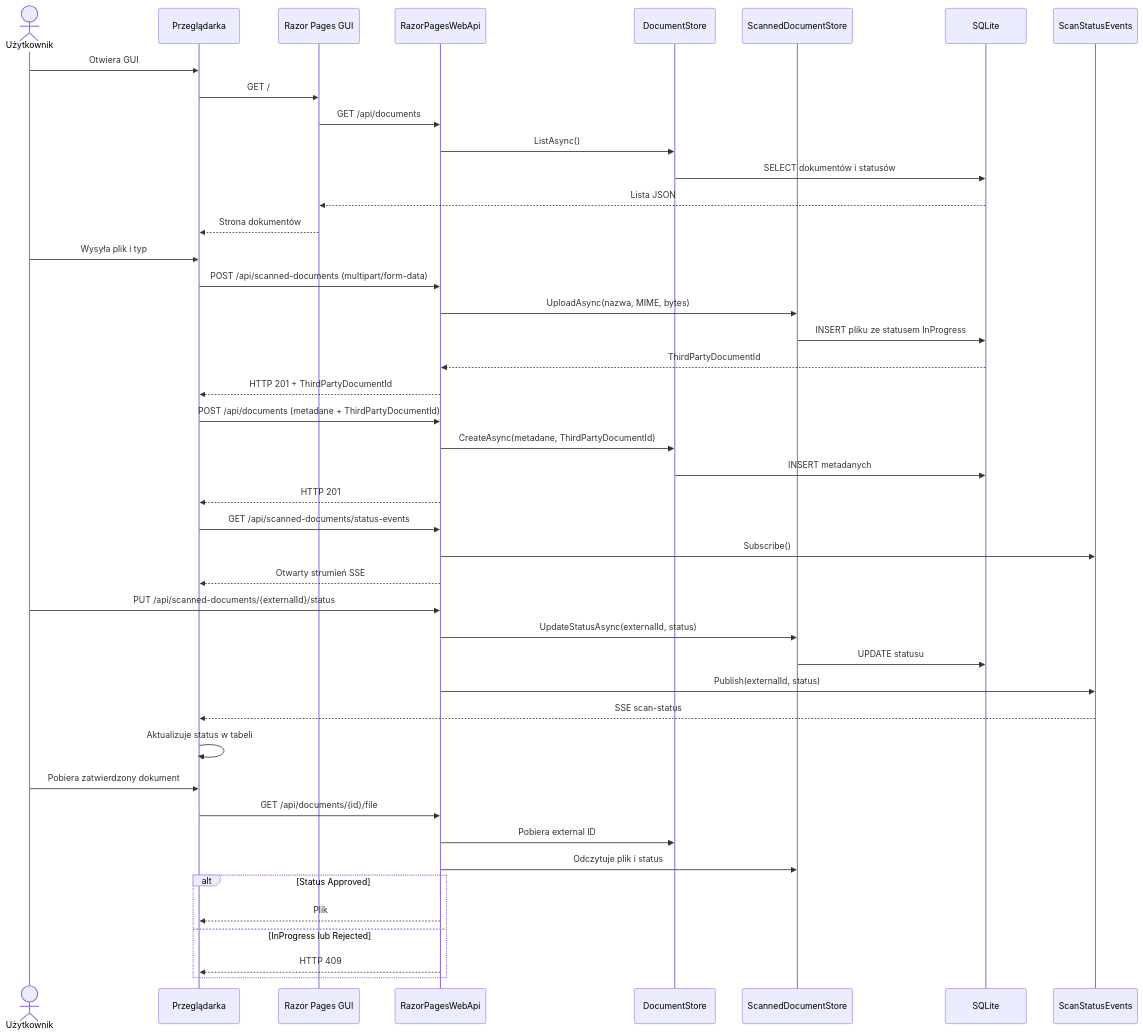
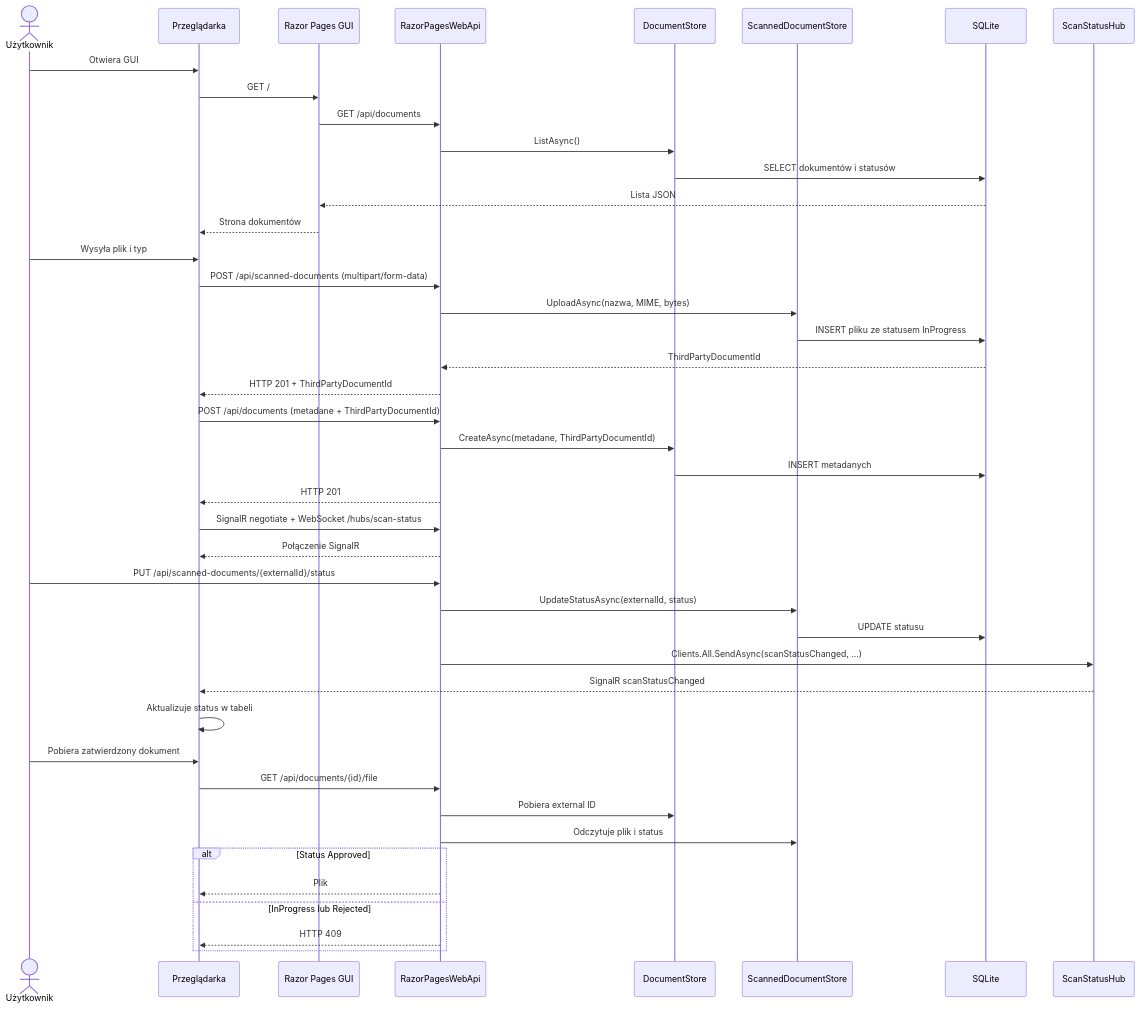
Before and after one commit to Magic15/RazorWebApp: the second of 2 diagrams in RazorPagesWebApi/SCAN_STATUS_FLOW.md, drawn with Mermaid. The commit also changed other lines of this file and 12 other files, not shown here.

````diff
--- a/RazorPagesWebApi/SCAN_STATUS_FLOW.md
+++ b/RazorPagesWebApi/SCAN_STATUS_FLOW.md
@@ -40,51 +40,50 @@
 ```mermaid
 sequenceDiagram
     actor User as Użytkownik
     participant Browser as Przeglądarka
     participant Frontend as Razor Pages GUI
     participant API as RazorPagesWebApi
     participant Documents as DocumentStore
     participant Scanner as ScannedDocumentStore
     participant DB as SQLite
-    participant Events as ScanStatusEvents
+    participant Hub as ScanStatusHub
 
     User->>Browser: Otwiera GUI
     Browser->>Frontend: GET /
     Frontend->>API: GET /api/documents
     API->>Documents: ListAsync()
     Documents->>DB: SELECT dokumentów i statusów
     DB-->>Frontend: Lista JSON
     Frontend-->>Browser: Strona dokumentów
 
     User->>Browser: Wysyła plik i typ
     Browser->>API: POST /api/scanned-documents (multipart/form-data)
     API->>Scanner: UploadAsync(nazwa, MIME, bytes)
     Scanner->>DB: INSERT pliku ze statusem InProgress
     DB-->>API: ThirdPartyDocumentId
     API-->>Browser: HTTP 201 + ThirdPartyDocumentId
     Browser->>API: POST /api/documents (metadane + ThirdPartyDocumentId)
     API->>Documents: CreateAsync(metadane, ThirdPartyDocumentId)
     Documents->>DB: INSERT metadanych
     API-->>Browser: HTTP 201
 
-    Browser->>API: GET /api/scanned-documents/status-events
-    API->>Events: Subscribe()
-    API-->>Browser: Otwarty strumień SSE
+    Browser->>API: SignalR negotiate + WebSocket /hubs/scan-status
+    API-->>Browser: Połączenie SignalR
 
     User->>API: PUT /api/scanned-documents/{externalId}/status
     API->>Scanner: UpdateStatusAsync(externalId, status)
     Scanner->>DB: UPDATE statusu
-    API->>Events: Publish(externalId, status)
-    Events-->>Browser: SSE scan-status
+    API->>Hub: Clients.All.SendAsync(scanStatusChanged, ...)
+    Hub-->>Browser: SignalR scanStatusChanged
     Browser->>Browser: Aktualizuje status w tabeli
 
     User->>Browser: Pobiera zatwierdzony dokument
     Browser->>API: GET /api/documents/{id}/file
     API->>Documents: Pobiera external ID
     API->>Scanner: Odczytuje plik i status
     alt Status Approved
         API-->>Browser: Plik
     else InProgress lub Rejected
         API-->>Browser: HTTP 409
     end
 ```
````
